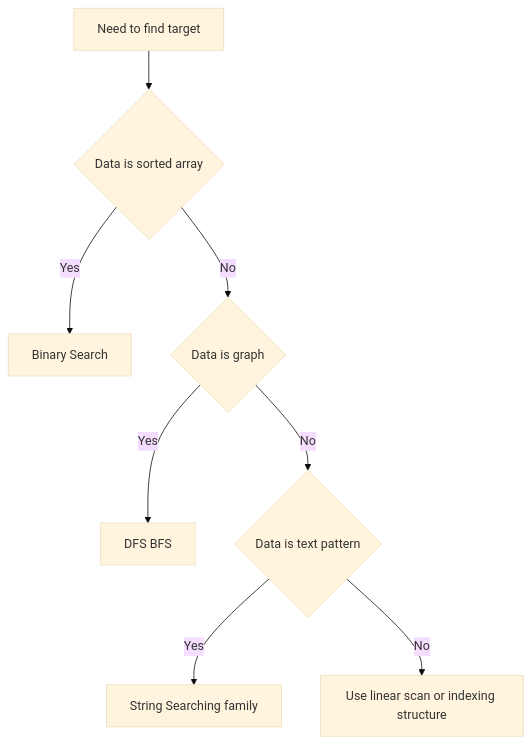
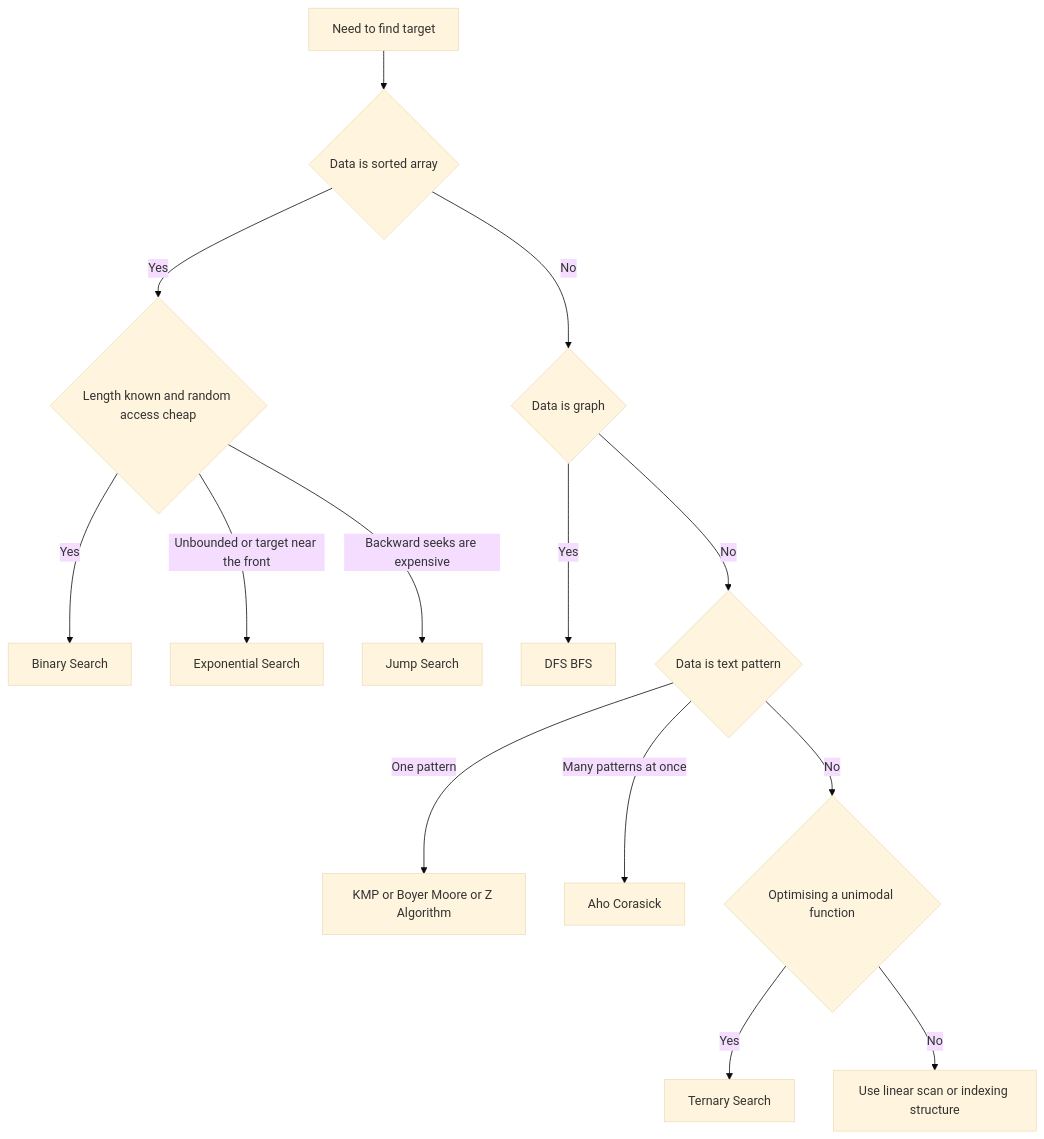
One commit to grafanaKibana/devbook.zip changed the diagram in Vault/Home/Computer Science/Algorithms/Search Algorithms/Search Algorithms.md. Above: the diagram before and after it, drawn with Mermaid (base theme). The commit also changed other lines of this file and 35 other files, not shown here.

````diff
--- a/Vault/Home/Computer Science/Algorithms/Search Algorithms/Search Algorithms.md
+++ b/Vault/Home/Computer Science/Algorithms/Search Algorithms/Search Algorithms.md
@@ -23,10 +23,16 @@
 ```mermaid
 flowchart TD
   A[Need to find target] --> B{Data is sorted array}
-  B -->|Yes| C[Binary Search]
+  B -->|Yes| C{Length known and random access cheap}
+  C -->|Yes| C1[Binary Search]
+  C -->|Unbounded or target near the front| C2[Exponential Search]
+  C -->|Backward seeks are expensive| C3[Jump Search]
   B -->|No| D{Data is graph}
   D -->|Yes| E[DFS BFS]
   D -->|No| F{Data is text pattern}
-  F -->|Yes| G[String Searching family]
-  F -->|No| H[Use linear scan or indexing structure]
+  F -->|One pattern| G[KMP or Boyer Moore or Z Algorithm]
+  F -->|Many patterns at once| G2[Aho Corasick]
+  F -->|No| H{Optimising a unimodal function}
+  H -->|Yes| I[Ternary Search]
+  H -->|No| J[Use linear scan or indexing structure]
 ```
````
